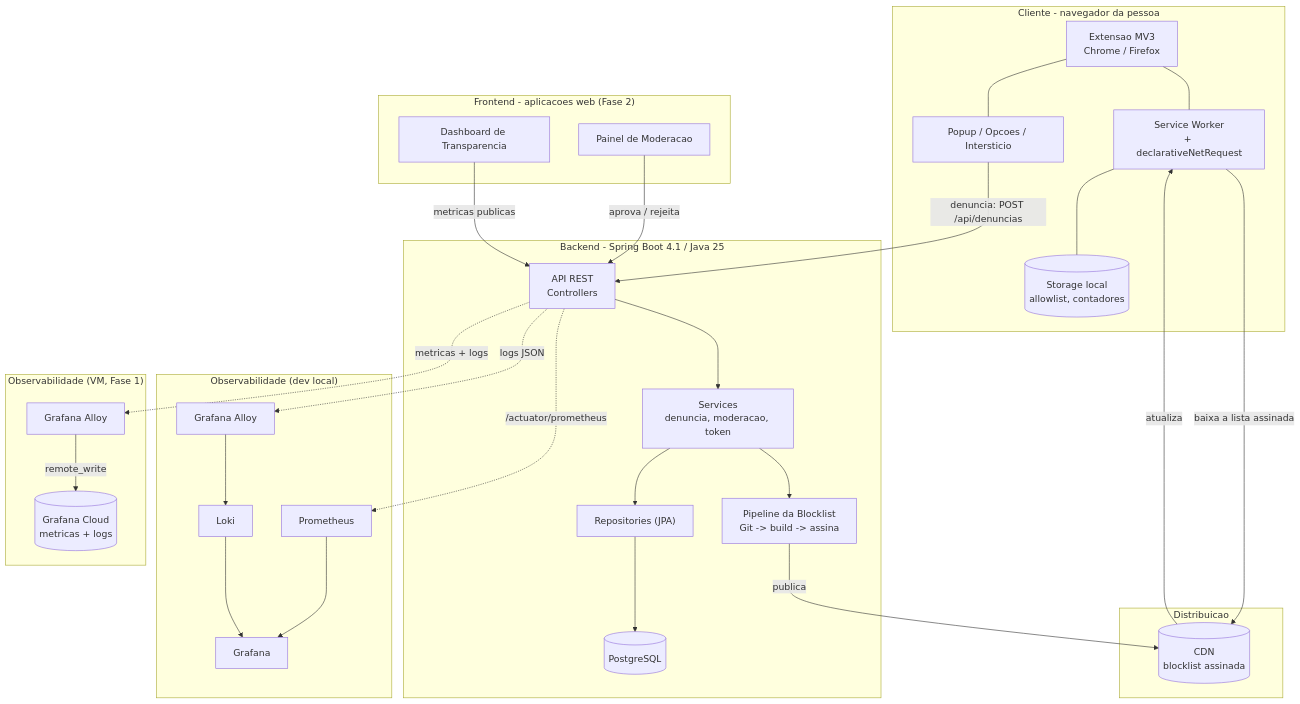
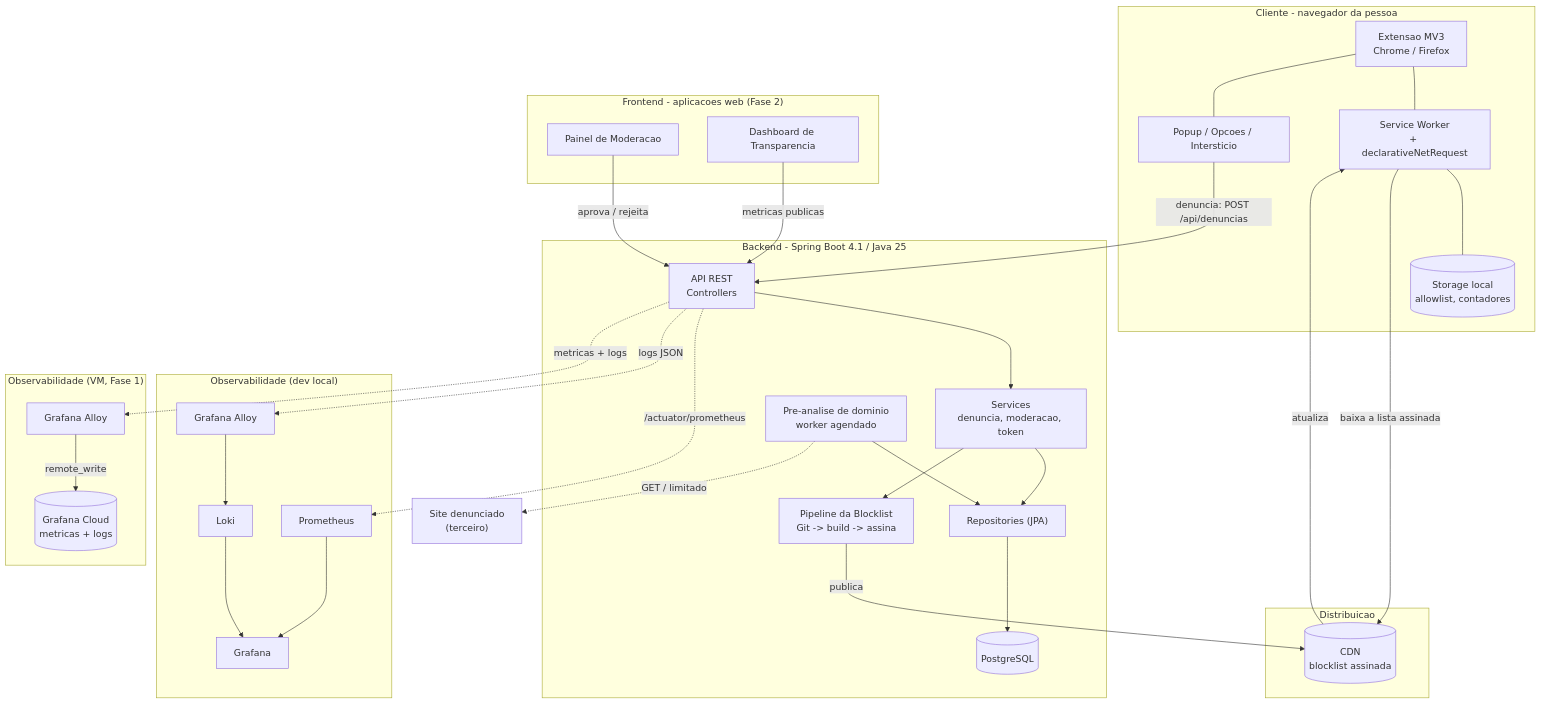
Before and after one commit to vitinh0z/chega-de-bet: the first of 2 diagrams in docs/arquitetura.md, drawn with Mermaid. The commit also changed other lines of this file and 28 other files, not shown here.

````diff
--- a/docs/arquitetura.md
+++ b/docs/arquitetura.md
@@ -13,59 +13,62 @@
 ```mermaid
 flowchart TB
     subgraph CLIENTE["Cliente - navegador da pessoa"]
         EXT["Extensao MV3<br/>Chrome / Firefox"]
         SW["Service Worker<br/>+ declarativeNetRequest"]
         UI["Popup / Opcoes / Intersticio"]
         LS[("Storage local<br/>allowlist, contadores")]
         EXT --- SW
         EXT --- UI
         SW --- LS
     end
 
     subgraph FRONTEND["Frontend - aplicacoes web (Fase 2)"]
         MOD["Painel de Moderacao"]
         DASH["Dashboard de Transparencia"]
     end
 
     subgraph BACKEND["Backend - Spring Boot 4.1 / Java 25"]
         API["API REST<br/>Controllers"]
         SVC["Services<br/>denuncia, moderacao, token"]
+        PRE["Pre-analise de dominio<br/>worker agendado"]
         REPO["Repositories (JPA)"]
         DB[("PostgreSQL")]
         PIPE["Pipeline da Blocklist<br/>Git -> build -> assina"]
         API --> SVC
         SVC --> REPO
+        PRE --> REPO
         REPO --> DB
         SVC --> PIPE
     end
 
     subgraph DIST["Distribuicao"]
         CDN[("CDN<br/>blocklist assinada")]
     end
 
     subgraph OBS["Observabilidade (dev local)"]
         PROM["Prometheus"]
         ALLOY["Grafana Alloy"]
         LOKI["Loki"]
         GRAF["Grafana"]
         PROM --> GRAF
         ALLOY --> LOKI
         LOKI --> GRAF
     end
 
     subgraph OBSPROD["Observabilidade (VM, Fase 1)"]
         ALLOYP["Grafana Alloy"]
         CLOUD[("Grafana Cloud<br/>metricas + logs")]
         ALLOYP -->|"remote_write"| CLOUD
     end
 
+    PRE -.->|"GET / limitado"| ALVO["Site denunciado<br/>(terceiro)"]
     SW -->|"baixa a lista assinada"| CDN
     UI -->|"denuncia: POST /api/denuncias"| API
     MOD -->|"aprova / rejeita"| API
     DASH -->|"metricas publicas"| API
     PIPE -->|"publica"| CDN
     CDN -->|"atualiza"| SW
     API -.->|"/actuator/prometheus"| PROM
     API -.->|"logs JSON"| ALLOY
     API -.->|"metricas + logs"| ALLOYP
 ```
````
